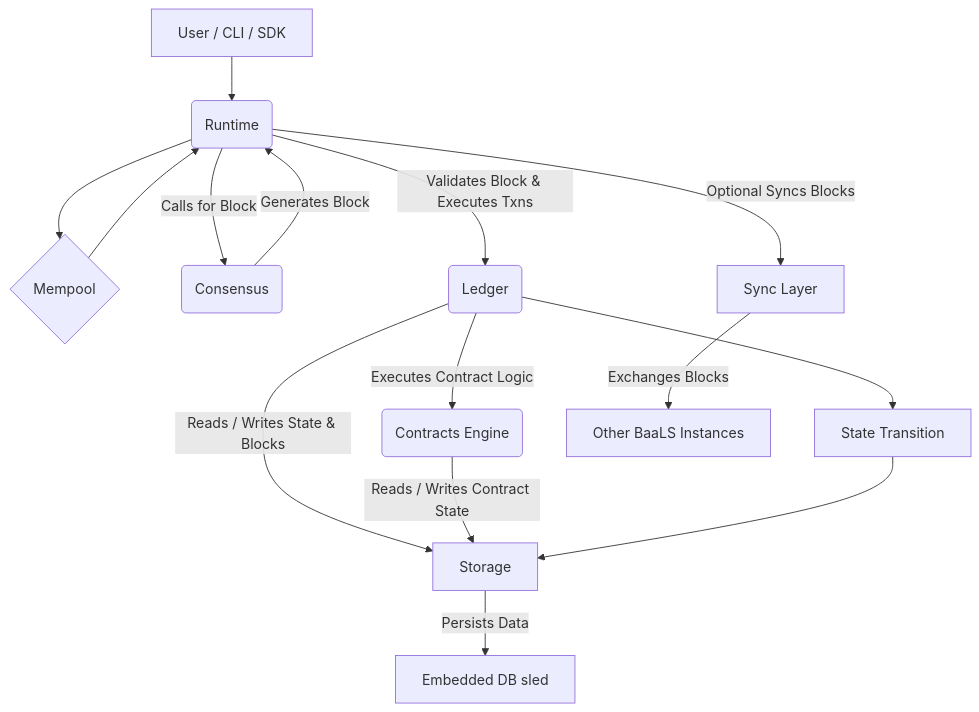
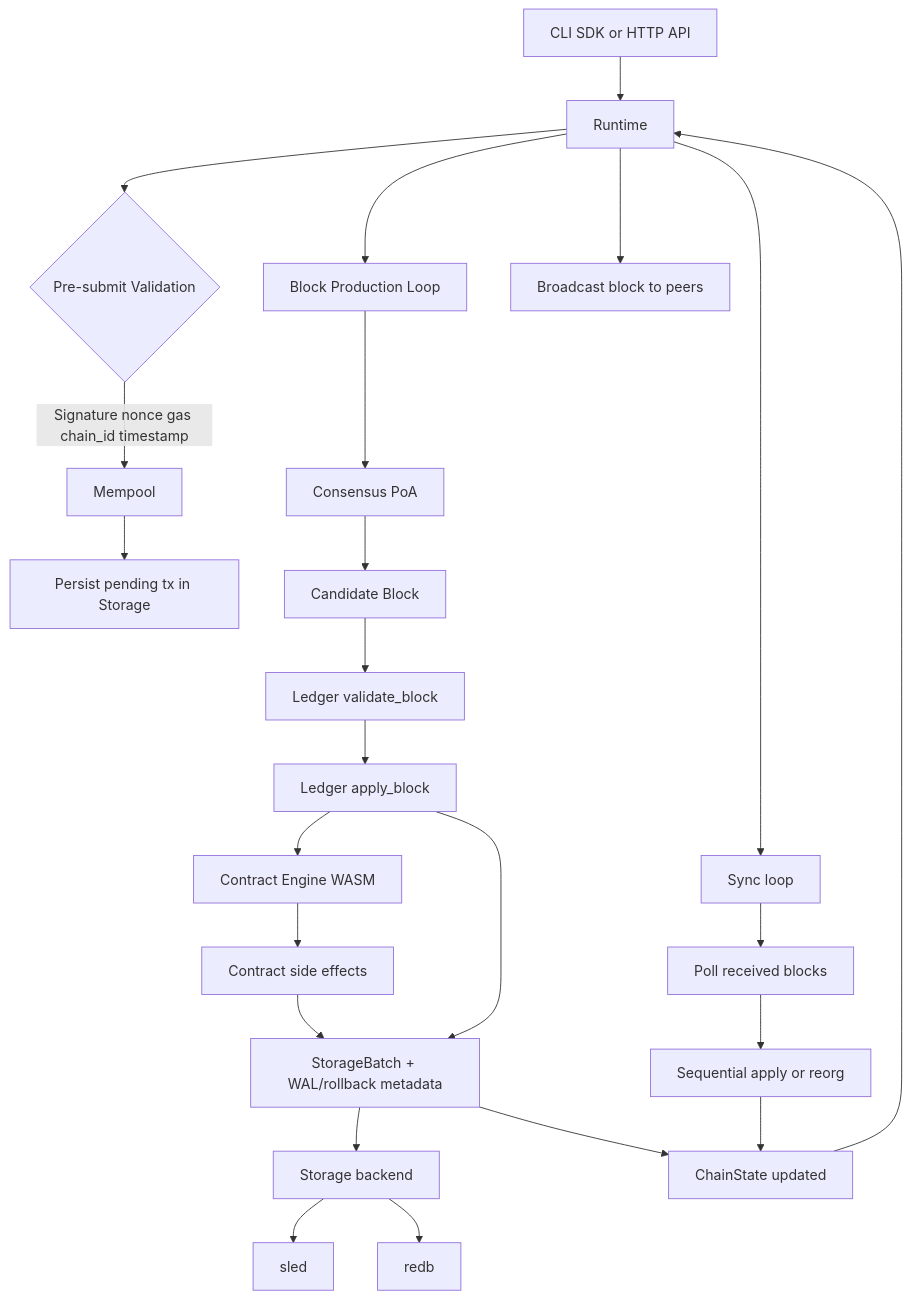
One commit to kdsmith18542/BaaLS changed the diagram in README.md. Above: the diagram before and after it, drawn with Mermaid. The commit also changed other lines of this file and 9 other files, not shown here.

Commit message:
docs: refresh README and architecture/ops documentation

````diff
--- a/README.md
+++ b/README.md
@@ -45,17 +80,30 @@
 ```mermaid
 graph TD
-    A[User / CLI / SDK] --> B(Runtime)
-    B --> C{Mempool}
-    C --> B
-    B -- Calls for Block --> D(Consensus)
-    D -- Generates Block --> B
-    B -- Validates Block & Executes Txns --> E(Ledger)
-    E -- Reads / Writes State & Blocks --> F[Storage]
-    E -- Executes Contract Logic --> G(Contracts Engine)
-    G -- Reads / Writes Contract State --> F
-    F -- Persists Data --> H[Embedded DB sled]
-    E --> I[State Transition]
-    I --> F
-    B -- Optional Syncs Blocks --> J[Sync Layer]
-    J -- Exchanges Blocks --> K[Other BaaLS Instances]
+    A[CLI SDK or HTTP API] --> B[Runtime]
+    B --> C{Pre-submit Validation}
+    C -->|Signature nonce gas chain_id timestamp| D[Mempool]
+    D --> E[Persist pending tx in Storage]
+
+    B --> F[Block Production Loop]
+    F --> G[Consensus PoA]
+    G --> H[Candidate Block]
+    H --> I[Ledger validate_block]
+    I --> J[Ledger apply_block]
+
+    J --> K[Contract Engine WASM]
+    K --> L[Contract side effects]
+    L --> M[StorageBatch + WAL/rollback metadata]
+    J --> M
+    M --> N[Storage backend]
+    N --> O[sled]
+    N --> P[redb]
+
+    M --> Q[ChainState updated]
+    Q --> B
+    B --> R[Broadcast block to peers]
+
+    B --> S[Sync loop]
+    S --> T[Poll received blocks]
+    T --> U[Sequential apply or reorg]
+    U --> Q
 ```
````
